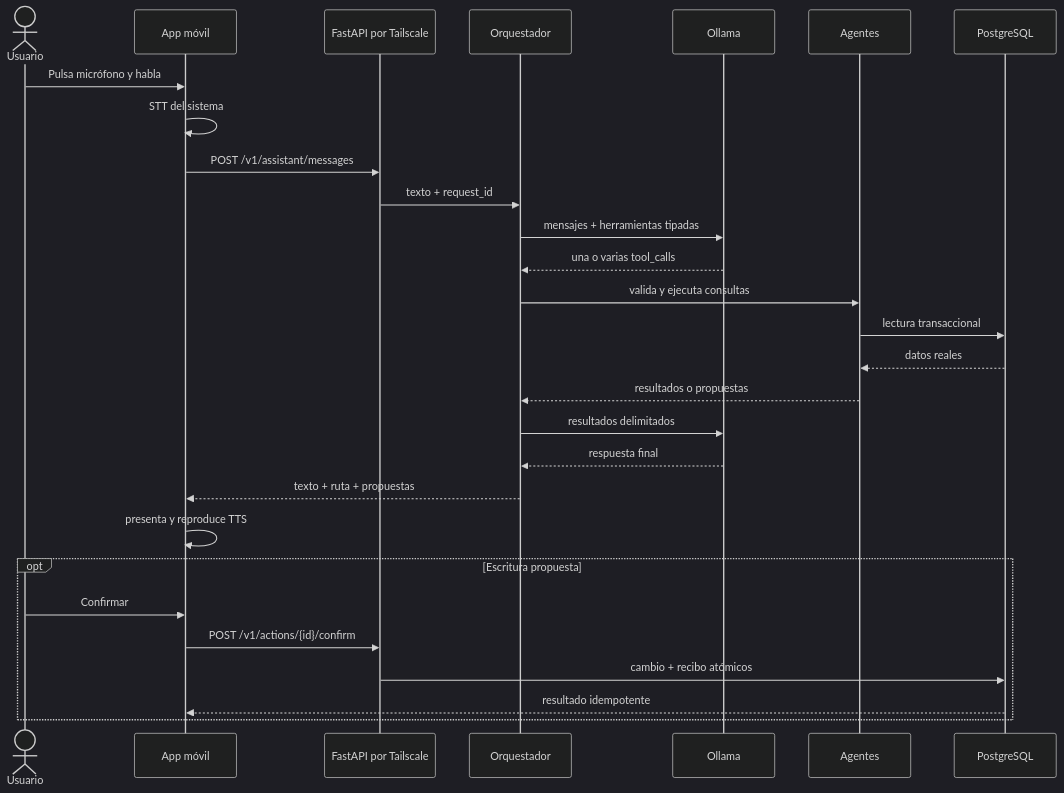
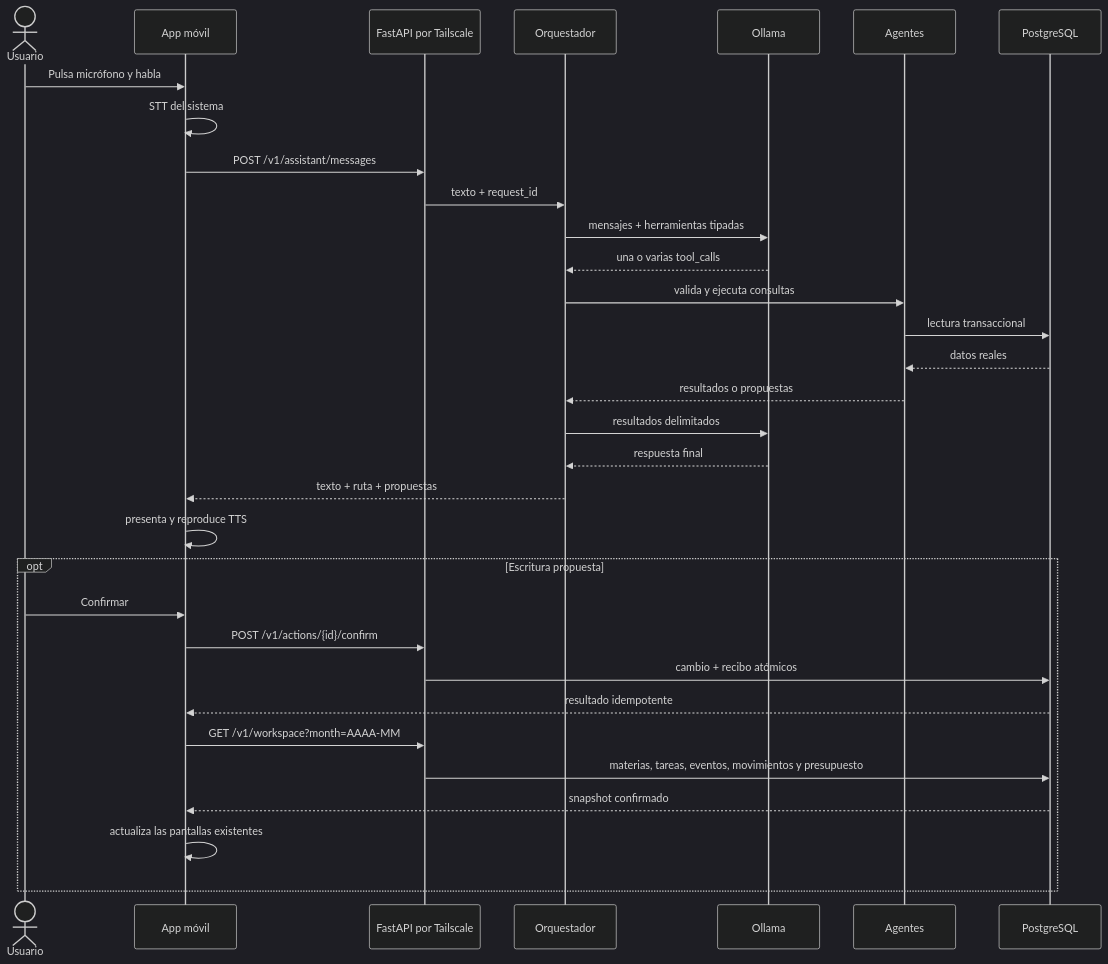
One commit to Juanes1707/jarvis-AI-assistant changed the second of 4 diagrams in docs/MULTI_AGENT_BACKEND.md. Above: the diagram before and after it, drawn with Mermaid (dark theme). The commit also changed other lines of this file and 28 other files, not shown here.

````diff
--- a/docs/MULTI_AGENT_BACKEND.md
+++ b/docs/MULTI_AGENT_BACKEND.md
@@ -28,30 +28,34 @@
 ```mermaid
 sequenceDiagram
     actor U as Usuario
     participant M as App móvil
     participant API as FastAPI por Tailscale
     participant O as Orquestador
     participant L as Ollama
     participant A as Agentes
     participant DB as PostgreSQL
     U->>M: Pulsa micrófono y habla
     M->>M: STT del sistema
     M->>API: POST /v1/assistant/messages
     API->>O: texto + request_id
     O->>L: mensajes + herramientas tipadas
     L-->>O: una o varias tool_calls
     O->>A: valida y ejecuta consultas
     A->>DB: lectura transaccional
     DB-->>A: datos reales
     A-->>O: resultados o propuestas
     O->>L: resultados delimitados
     L-->>O: respuesta final
     O-->>M: texto + ruta + propuestas
     M->>M: presenta y reproduce TTS
     opt Escritura propuesta
       U->>M: Confirmar
       M->>API: POST /v1/actions/{id}/confirm
       API->>DB: cambio + recibo atómicos
       DB-->>M: resultado idempotente
+      M->>API: GET /v1/workspace?month=AAAA-MM
+      API->>DB: materias, tareas, eventos, movimientos y presupuesto
+      DB-->>M: snapshot confirmado
+      M->>M: actualiza las pantallas existentes
     end
 ```
````
